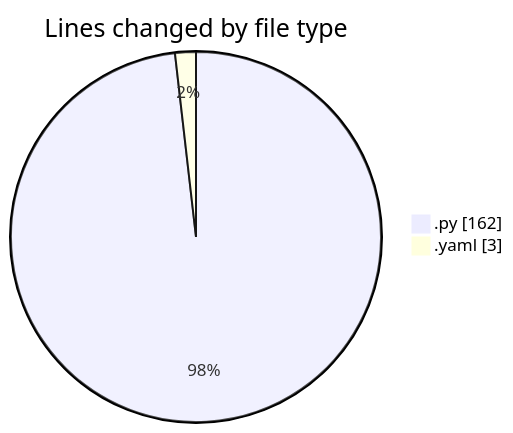
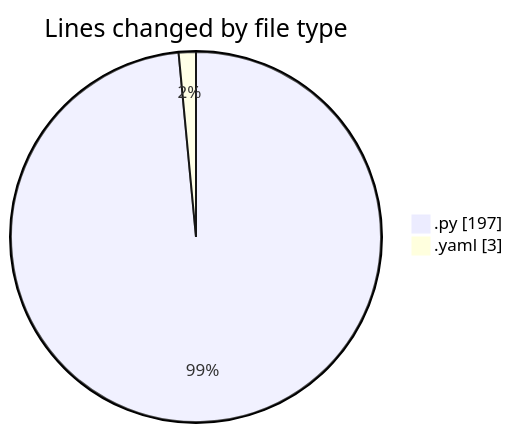
Before and after one commit to MatusMokan/code-tracking: the first of 2 diagrams in 2025-03-09/myws__workspace_/README.md, drawn with Mermaid. The commit also changed other lines of this file and 1 other file, not shown here.

````diff
--- a/2025-03-09/myws__workspace_/README.md
+++ b/2025-03-09/myws__workspace_/README.md
@@ -21,6 +21,6 @@
 ```mermaid
 pie showData
 title Lines changed by file type
-".py" : 162
+".py" : 197
 ".yaml" : 3
 ```
````
